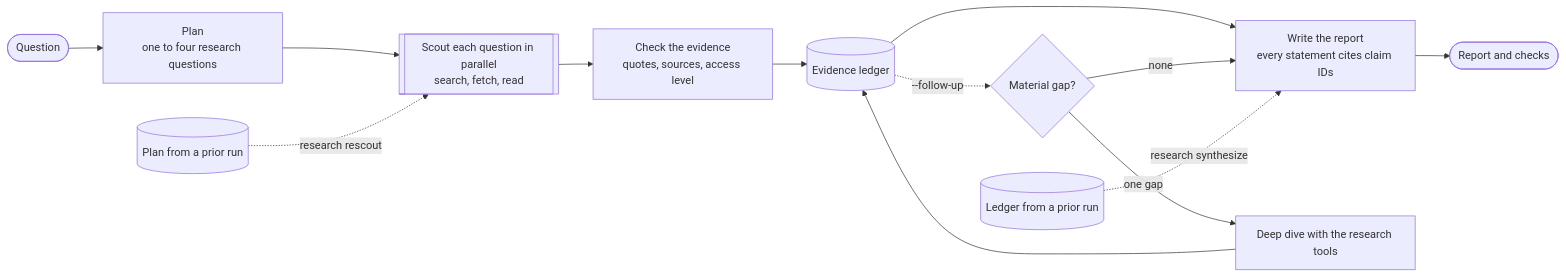
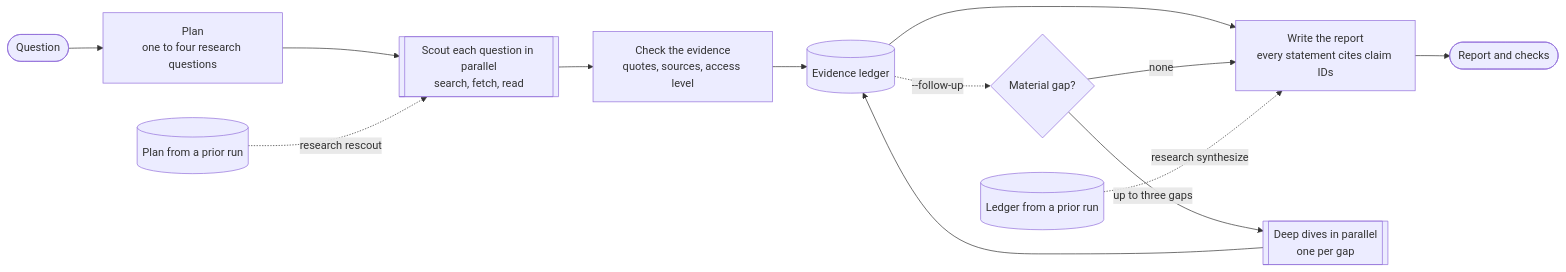
One commit to rjanseko/research-loop changed the diagram in README.md. Above: the diagram before and after it, drawn with Mermaid. The commit also changed other lines of this file and 7 other files, not shown here.

First line of the commit message:
Follow up several gaps with parallel deep dives (scout-followup-v4)

````diff
--- a/README.md
+++ b/README.md
@@ -96,15 +96,15 @@
 ```mermaid
 flowchart LR
     question(["Question"]) --> plan["Plan<br/>one to four research questions"]
     plan --> scouts[["Scout each question in parallel<br/>search, fetch, read"]]
     prior_plan[("Plan from a prior run")] -. "research rescout" .-> scouts
     scouts --> check["Check the evidence<br/>quotes, sources, access level"]
     check --> ledger[("Evidence ledger")]
     ledger --> synthesize["Write the report<br/>every statement cites claim IDs"]
     ledger -. "--follow-up" .-> gap{"Material gap?"}
-    gap -- "one gap" --> dive["Deep dive with the research tools"]
+    gap -- "up to three gaps" --> dive[["Deep dives in parallel<br/>one per gap"]]
     dive --> ledger
     gap -- "none" --> synthesize
     prior_ledger[("Ledger from a prior run")] -. "research synthesize" .-> synthesize
     synthesize --> report(["Report and checks"])
 ```
````
